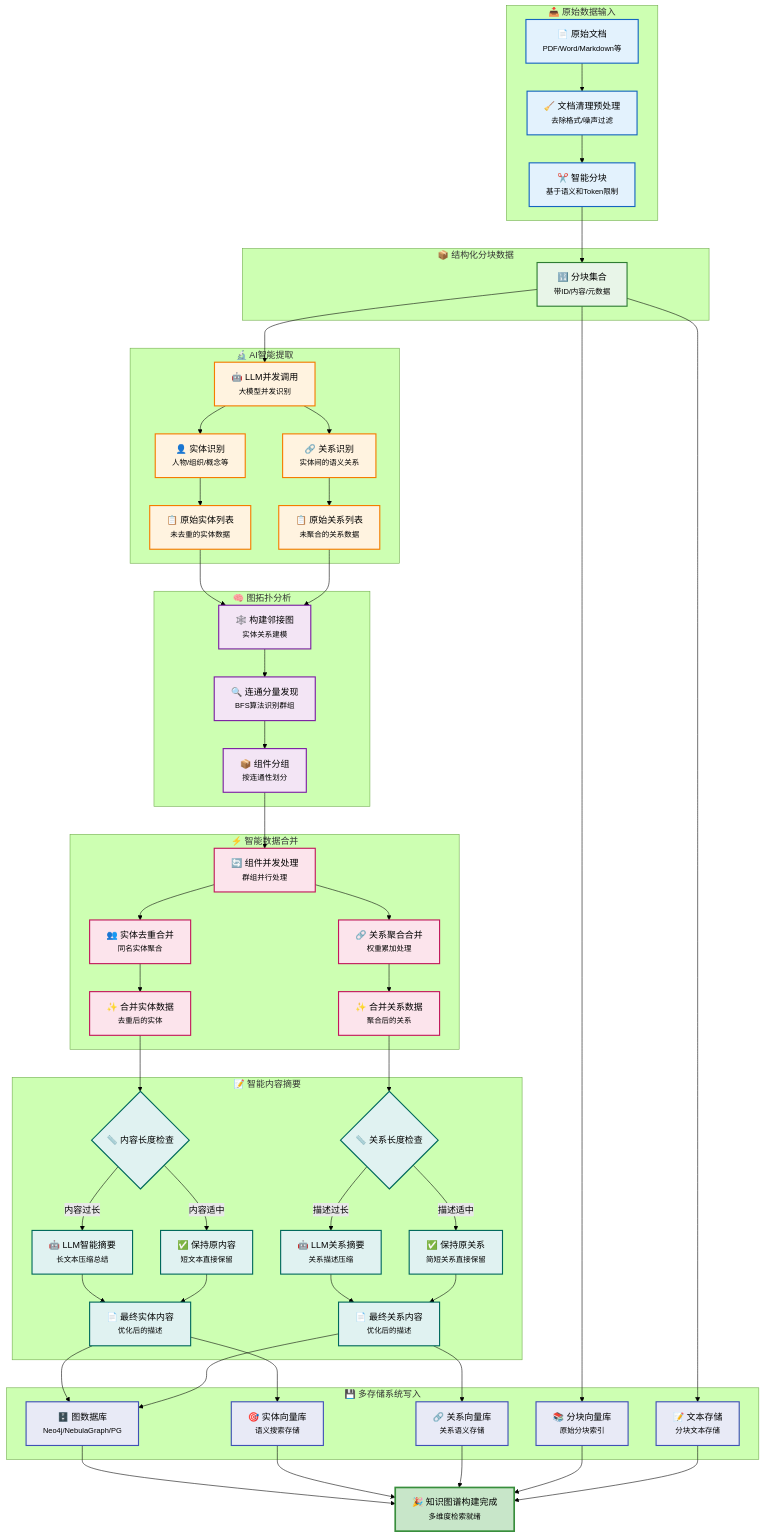
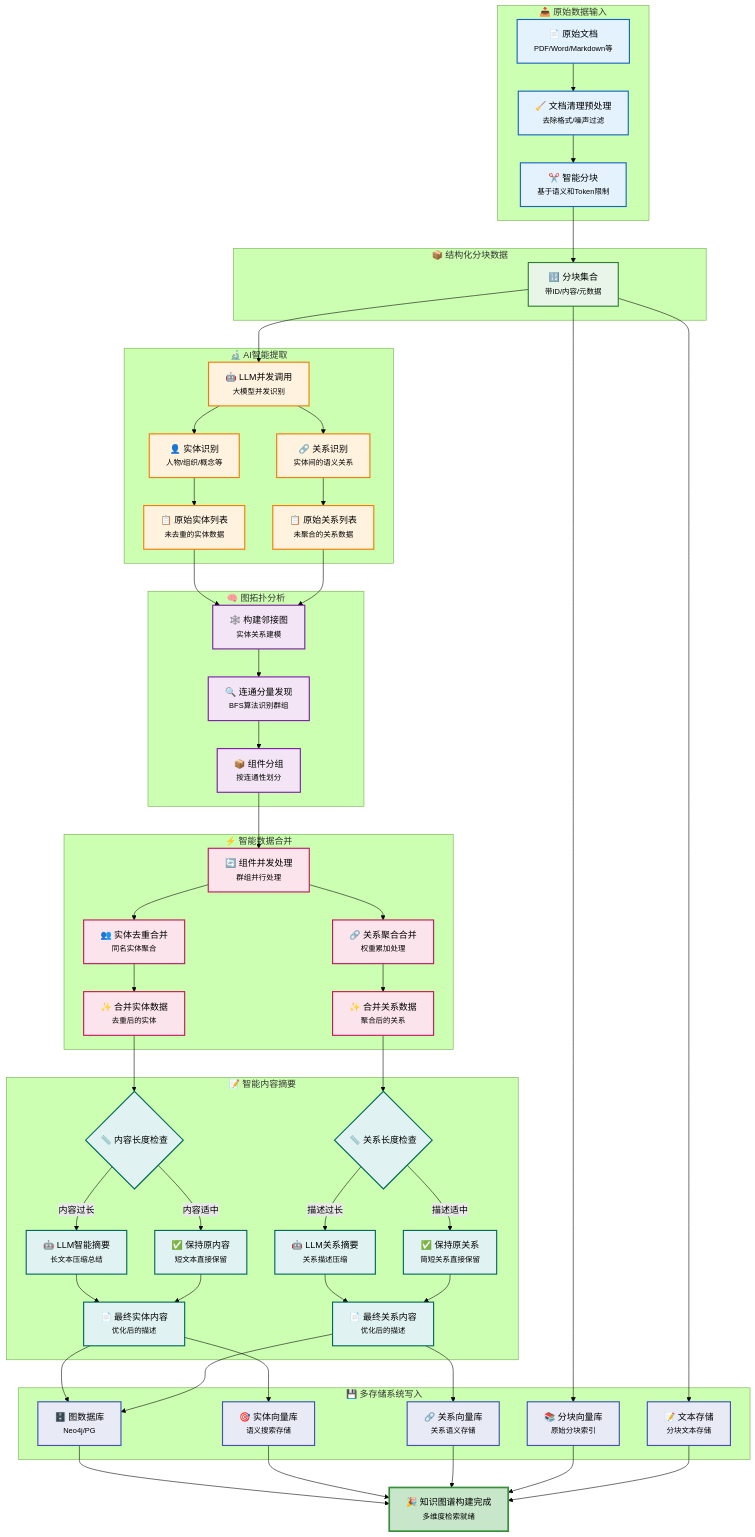
Before and after one commit to apecloud/ApeRAG: the second of 2 diagrams in docs/design/graph_index_creation_zh.md, drawn with Mermaid (forest theme). The commit also changed other lines of this file and 23 other files, not shown here.

```diff
--- a/docs/design/graph_index_creation_zh.md
+++ b/docs/design/graph_index_creation_zh.md
@@ -240,7 +240,7 @@
     
     %% 多存储写入阶段
     subgraph StorageStage ["💾 多存储系统写入"]
-        Z1["🗄️ 图数据库<br/><small>Neo4j/NebulaGraph/PG</small>"]
+        Z1["🗄️ 图数据库<br/><small>Neo4j/PG</small>"]
         Z2["🎯 实体向量库<br/><small>语义搜索存储</small>"]
         Z3["🔗 关系向量库<br/><small>关系语义存储</small>"]
         Z4["📚 分块向量库<br/><small>原始分块索引</small>"]
```
